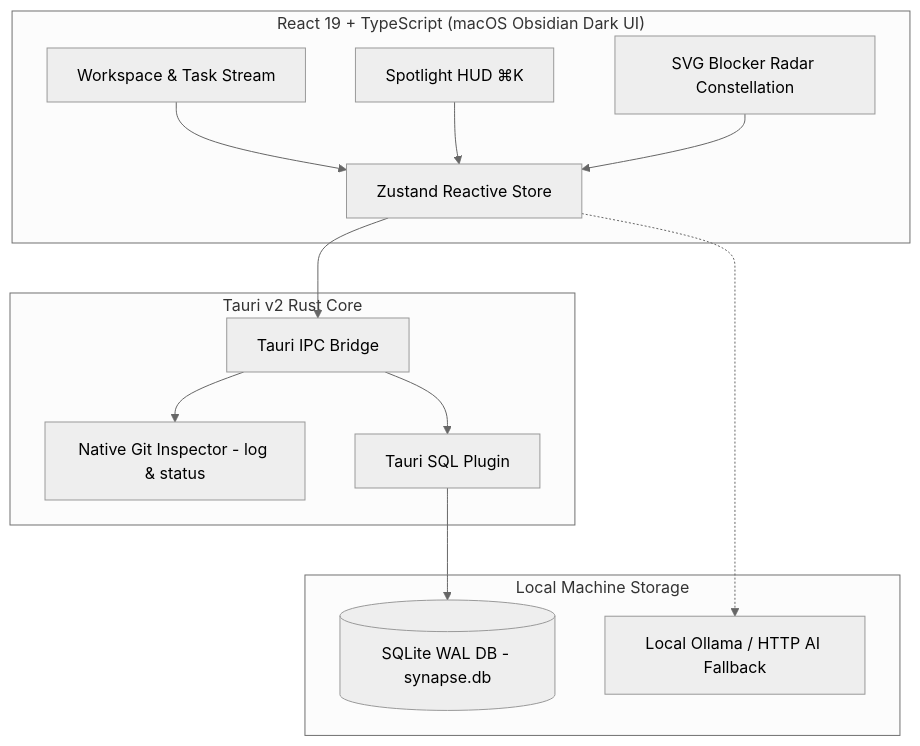
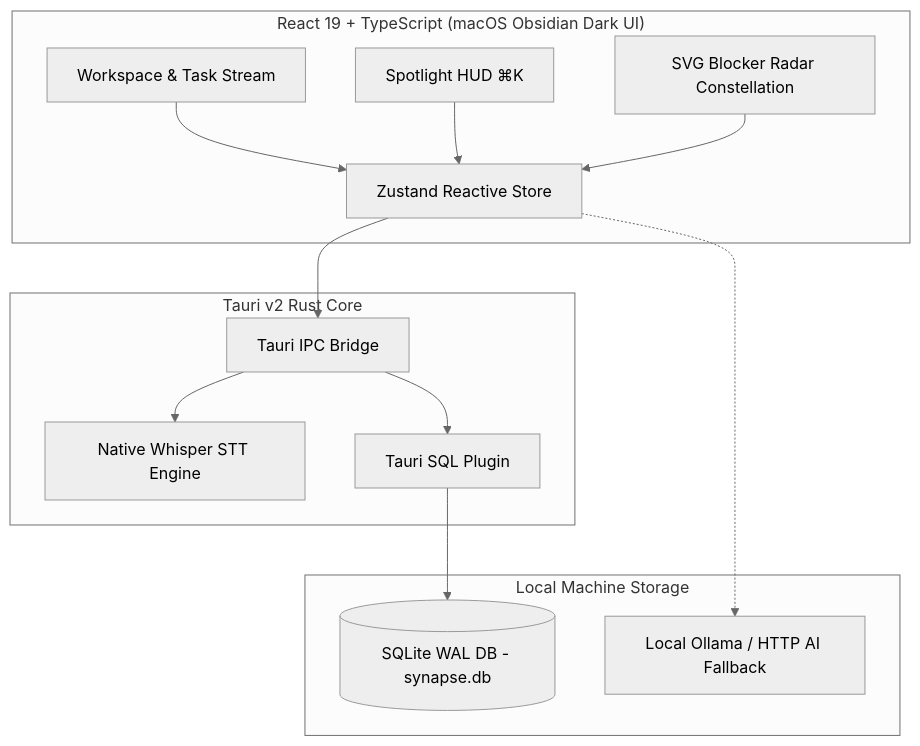
Before and after one commit to Farhodoff/CogniDev: the diagram in README.md, drawn with Mermaid (neutral theme). The commit also changed other lines of this file and 13 other files, not shown here.

Commit message:
refactor(ui): remove git and branch references across UI and core engine

````diff
--- a/README.md
+++ b/README.md
@@ -87,29 +86,29 @@
 ```mermaid
 graph TD
     subgraph Frontend["React 19 + TypeScript (macOS Obsidian Dark UI)"]
         UI[Workspace & Task Stream]
         HUD[Spotlight HUD ⌘K]
         Store[Zustand Reactive Store]
         Radar[SVG Blocker Radar Constellation]
     end
 
     subgraph Desktop["Tauri v2 Rust Core"]
         Bridge[Tauri IPC Bridge]
-        GitCmd[Native Git Inspector - log & status]
+        SttCmd[Native Whisper STT Engine]
         SqlitePlugin[Tauri SQL Plugin]
     end
 
     subgraph Storage["Local Machine Storage"]
         DB[(SQLite WAL DB - synapse.db)]
         Ollama[Local Ollama / HTTP AI Fallback]
     end
 
     UI --> Store
     HUD --> Store
     Radar --> Store
     Store --> Bridge
-    Bridge --> GitCmd
+    Bridge --> SttCmd
     Bridge --> SqlitePlugin
     SqlitePlugin --> DB
     Store -.-> Ollama
 ```
````
